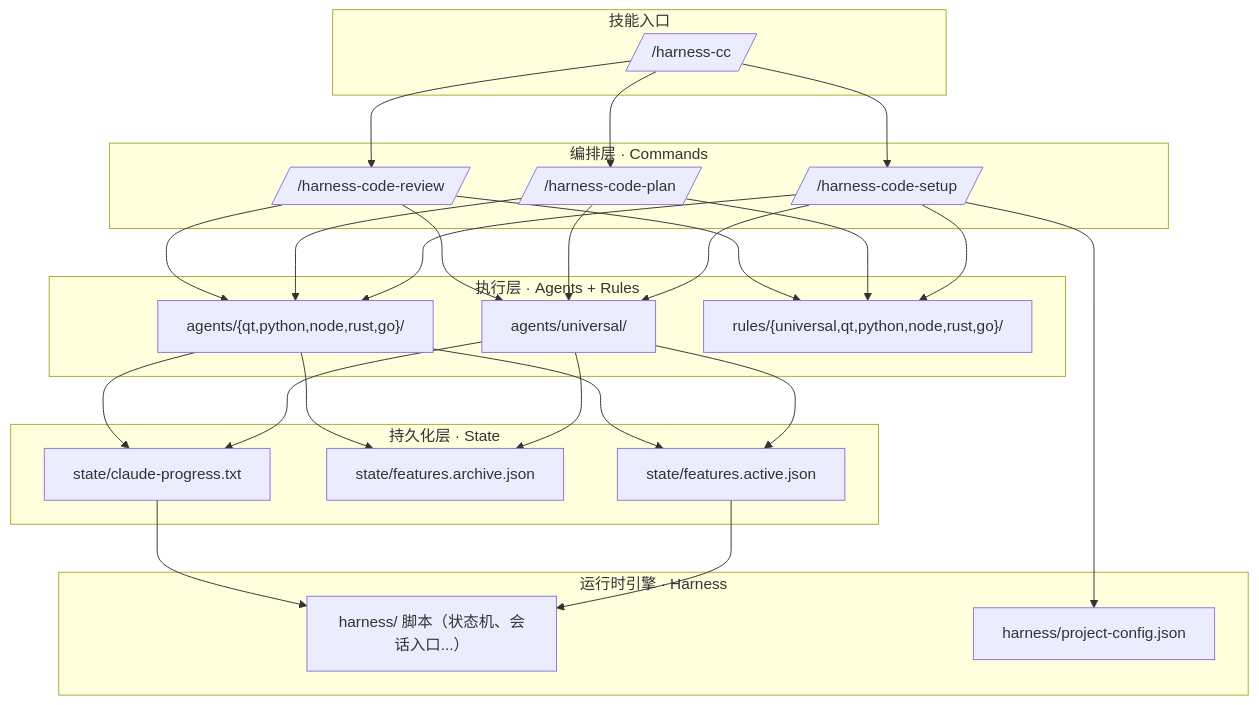
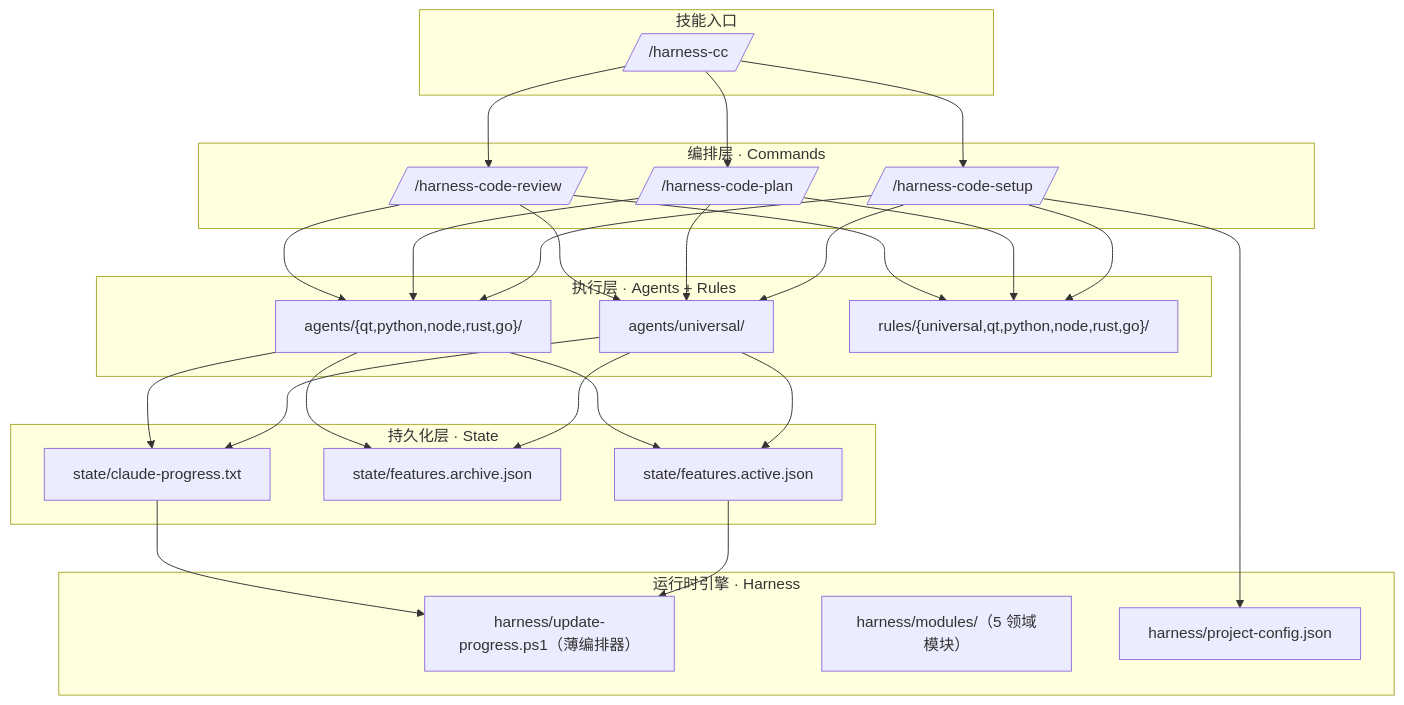
Before and after one commit to jovetickop/animus: the diagram in README.md, drawn with Mermaid. The commit also changed other lines of this file, not shown here.

````diff
--- a/README.md
+++ b/README.md
@@ -39,32 +39,33 @@
 ```mermaid
 flowchart TB
     subgraph 技能入口
         SKILL[/"/harness-cc"/]
     end
     subgraph 编排层[编排层 · Commands]
         C1[/"/harness-code-setup"/]
         C2[/"/harness-code-plan"/]
         C3[/"/harness-code-review"/]
     end
     subgraph 执行层[执行层 · Agents + Rules]
         A1["agents/universal/"]
         A2["agents/{qt,python,node,rust,go}/"]
         R["rules/{universal,qt,python,node,rust,go}/"]
     end
     subgraph 持久化层[持久化层 · State]
         F["state/features.active.json"]
         A["state/features.archive.json"]
         L["state/claude-progress.txt"]
     end
     subgraph 运行时引擎[运行时引擎 · Harness]
-        H["harness/ 脚本（状态机、会话入口...）"]
+        H["harness/update-progress.ps1（薄编排器）"]
+        M["harness/modules/（5 领域模块）"]
         P["harness/project-config.json"]
     end
 
     SKILL --> C1 & C2 & C3
     C1 & C2 & C3 --> A1 & A2 & R
     A1 & A2 --> F & A & L
     C1 --> P
     F --> H
     L --> H
 ```
````
